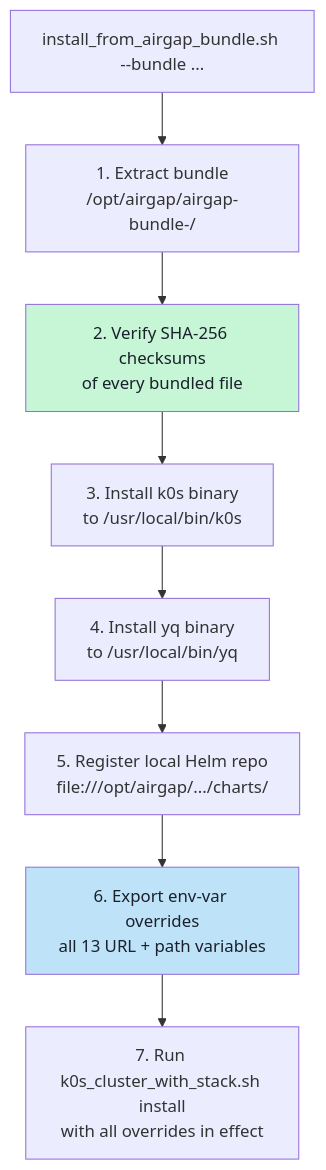
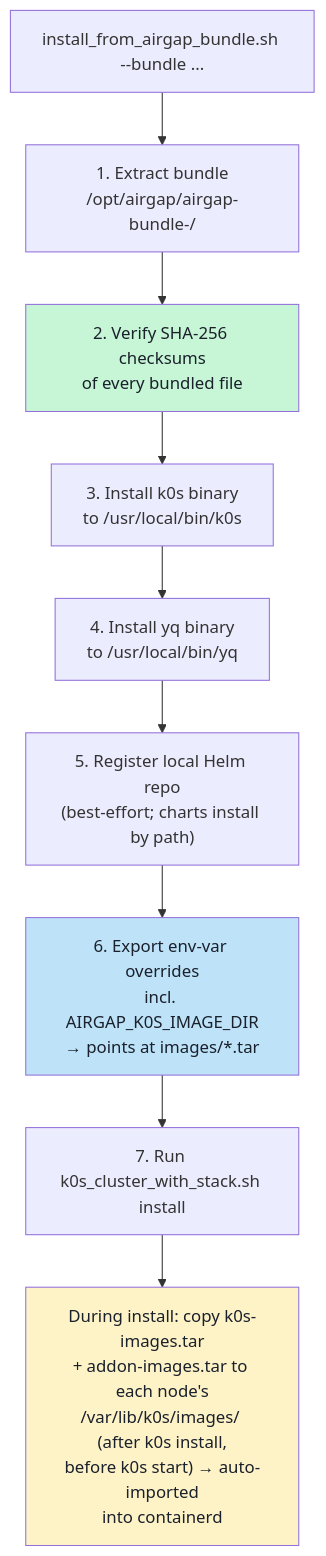
The eighth of 11 diagrams in tools/cluster_setup/DEPLOYMENT_GUIDE.md (splunk/splunk-ai-operator), drawn with Mermaid before and after one commit. The commit also changed other lines of this file and 1 other file, not shown here.

Commit message:
docs: document k0s & add-on image bundles in air-gap deployment guide

````diff
--- a/tools/cluster_setup/DEPLOYMENT_GUIDE.md
+++ b/tools/cluster_setup/DEPLOYMENT_GUIDE.md
@@ -518,15 +561,17 @@
 ```mermaid
 flowchart TD
     A["install_from_airgap_bundle.sh --bundle ..."] --> B
 
     B["1. Extract bundle\n/opt/airgap/airgap-bundle-<date>/"]
     B --> C["2. Verify SHA-256 checksums\nof every bundled file"]
     C --> D["3. Install k0s binary\nto /usr/local/bin/k0s"]
     D --> E["4. Install yq binary\nto /usr/local/bin/yq"]
-    E --> F["5. Register local Helm repo\nfile:///opt/airgap/.../charts/"]
-    F --> G["6. Export env-var overrides\nall 13 URL + path variables"]
-    G --> H["7. Run k0s_cluster_with_stack.sh install\nwith all overrides in effect"]
+    E --> F["5. Register local Helm repo\n(best-effort; charts install by path)"]
+    F --> G["6. Export env-var overrides\nincl. AIRGAP_K0S_IMAGE_DIR\n→ points at images/*.tar"]
+    G --> H["7. Run k0s_cluster_with_stack.sh install"]
+    H --> I["During install: copy k0s-images.tar\n+ addon-images.tar to each node's\n/var/lib/k0s/images/ (after k0s install,\nbefore k0s start) → auto-imported\ninto containerd"]
 
     style C fill:#c6f6d5,color:#1a202c
     style G fill:#bee3f8,color:#1a202c
+    style I fill:#fef3c7,color:#1a202c
 ```
````
